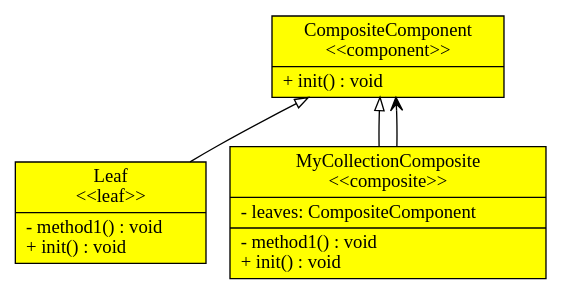
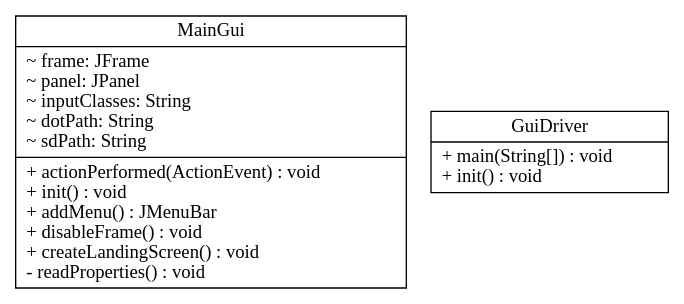
One commit to tpunt3/Csse374 changed the diagram in input_output/model.gv. Above: the diagram before and after it, drawn with Graphviz. The commit also changed 24 other files, not shown here.

```diff
--- a/input_output/model.gv
+++ b/input_output/model.gv
@@ -1,22 +1,14 @@
 digraph model{
 rankdir = BT;
-CompositeComponent [
-shape="record",style = filled,fillcolor=yellow
-label = "{CompositeComponent\n\<\<component\>\>|+ init() : void\l}"
+MainGui [
+shape="record",
+label = "{MainGui| ~ frame: JFrame\l~ panel: JPanel\l~ inputClasses: String\l~ dotPath: String\l~ sdPath: String\l|+ actionPerformed(ActionEvent) : void\l+ init() : void\l+ addMenu() : JMenuBar\l+ disableFrame() : void\l+ createLandingScreen() : void\l- readProperties() : void\l}"
 ];
 
-Leaf [
-shape="record",style = filled,fillcolor=yellow
-label = "{Leaf\n\<\<leaf\>\>|- method1() : void\l+ init() : void\l}"
-];
-
-MyCollectionComposite [
-shape="record",style = filled,fillcolor=yellow
-label = "{MyCollectionComposite\n\<\<composite\>\>|- leaves: CompositeComponent\l|- method1() : void\l+ init() : void\l}"
+GuiDriver [
+shape="record",
+label = "{GuiDriver| + main(String[]) : void\l+ init() : void\l}"
 ];
 
 //writing relations between classes now
-Leaf -> CompositeComponent [arrowhead = "empty"];
-MyCollectionComposite -> CompositeComponent [arrowhead = "empty"];
-MyCollectionComposite -> CompositeComponent [arrowhead = "vee"];
 }
```
